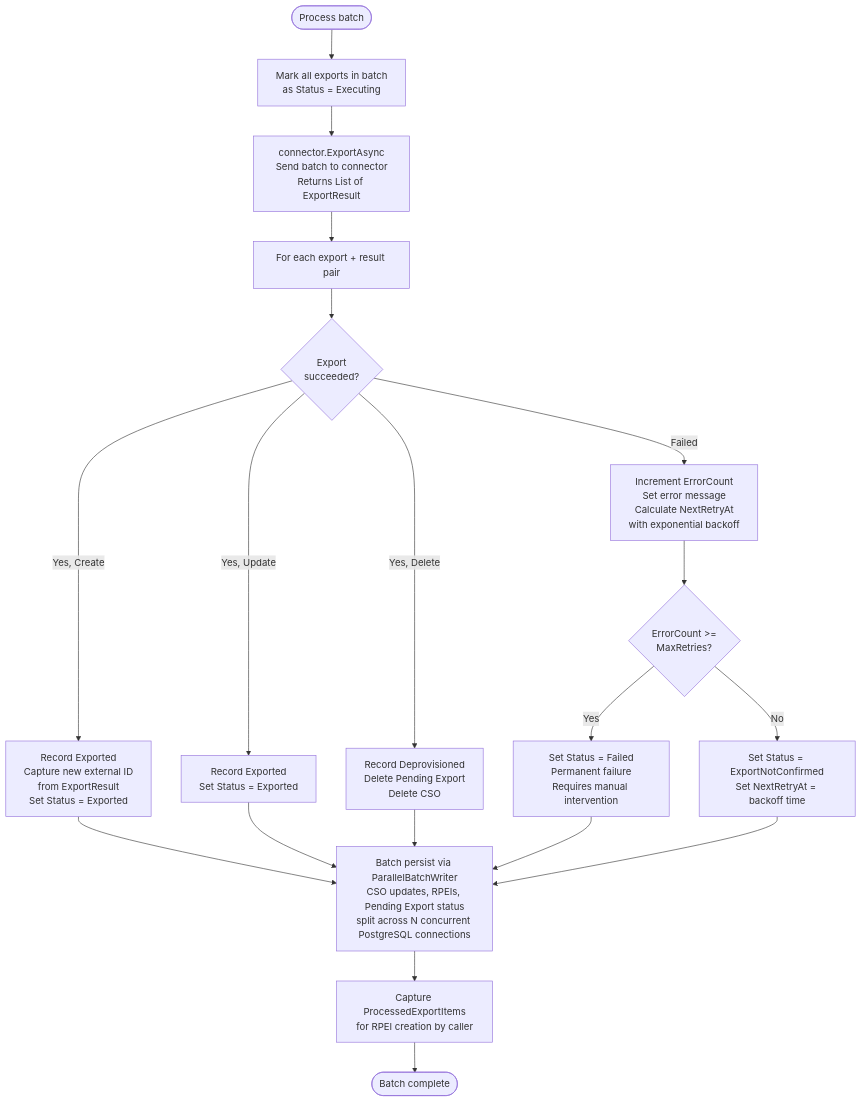
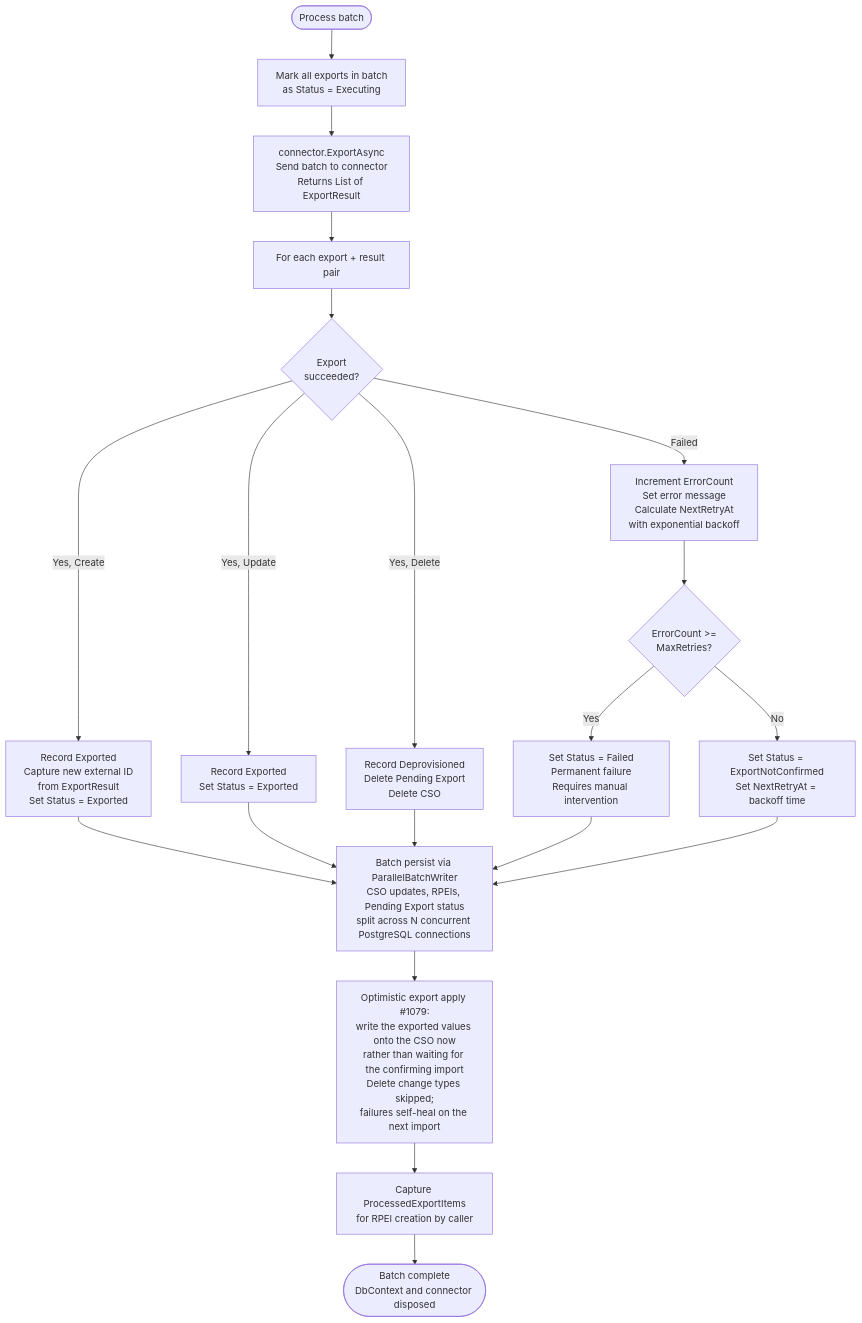
The third of 5 diagrams in docs/developer/diagrams/EXPORT_EXECUTION_FLOW.md (TetronIO/JIM), drawn with Mermaid before and after one commit. The commit also changed other lines of this file and 7 other files, not shown here.

````diff
--- a/docs/developer/diagrams/EXPORT_EXECUTION_FLOW.md
+++ b/docs/developer/diagrams/EXPORT_EXECUTION_FLOW.md
@@ -90,25 +100,26 @@
 ```mermaid
 flowchart TD
     Start([Process batch]) --> MarkExecuting[Mark all exports in batch<br/>as Status = Executing]
     MarkExecuting --> CallConnector[connector.ExportAsync<br/>Send batch to connector<br/>Returns List of ExportResult]
     CallConnector --> ProcessResults[For each export + result pair]
     ProcessResults --> CheckResult{Export<br/>succeeded?}
 
     CheckResult -->|Yes, Create| HandleCreate[Record Exported<br/>Capture new external ID<br/>from ExportResult<br/>Set Status = Exported]
     CheckResult -->|Yes, Update| HandleUpdate[Record Exported<br/>Set Status = Exported]
     CheckResult -->|Yes, Delete| HandleDelete[Record Deprovisioned<br/>Delete Pending Export<br/>Delete CSO]
     CheckResult -->|Failed| HandleFail[Increment ErrorCount<br/>Set error message<br/>Calculate NextRetryAt<br/>with exponential backoff]
 
     HandleCreate --> Persist
     HandleUpdate --> Persist
     HandleDelete --> Persist
     HandleFail --> CheckMaxRetries{ErrorCount >=<br/>MaxRetries?}
     CheckMaxRetries -->|Yes| MarkFailed[Set Status = Failed<br/>Permanent failure<br/>Requires manual intervention]
     CheckMaxRetries -->|No| SetRetry[Set Status = ExportNotConfirmed<br/>Set NextRetryAt = backoff time]
     MarkFailed --> Persist
     SetRetry --> Persist
 
     Persist[Batch persist via ParallelBatchWriter<br/>CSO updates, RPEIs, Pending Export status<br/>split across N concurrent PostgreSQL connections]
-    Persist --> CaptureItems[Capture ProcessedExportItems<br/>for RPEI creation by caller]
-    CaptureItems --> Done([Batch complete])
+    Persist --> Optimistic[Optimistic export apply #1079:<br/>write the exported values onto the CSO now<br/>rather than waiting for the confirming import<br/>Delete change types skipped;<br/>failures self-heal on the next import]
+    Optimistic --> CaptureItems[Capture ProcessedExportItems<br/>for RPEI creation by caller]
+    CaptureItems --> Done([Batch complete<br/>DbContext and connector disposed])
 ```
````
